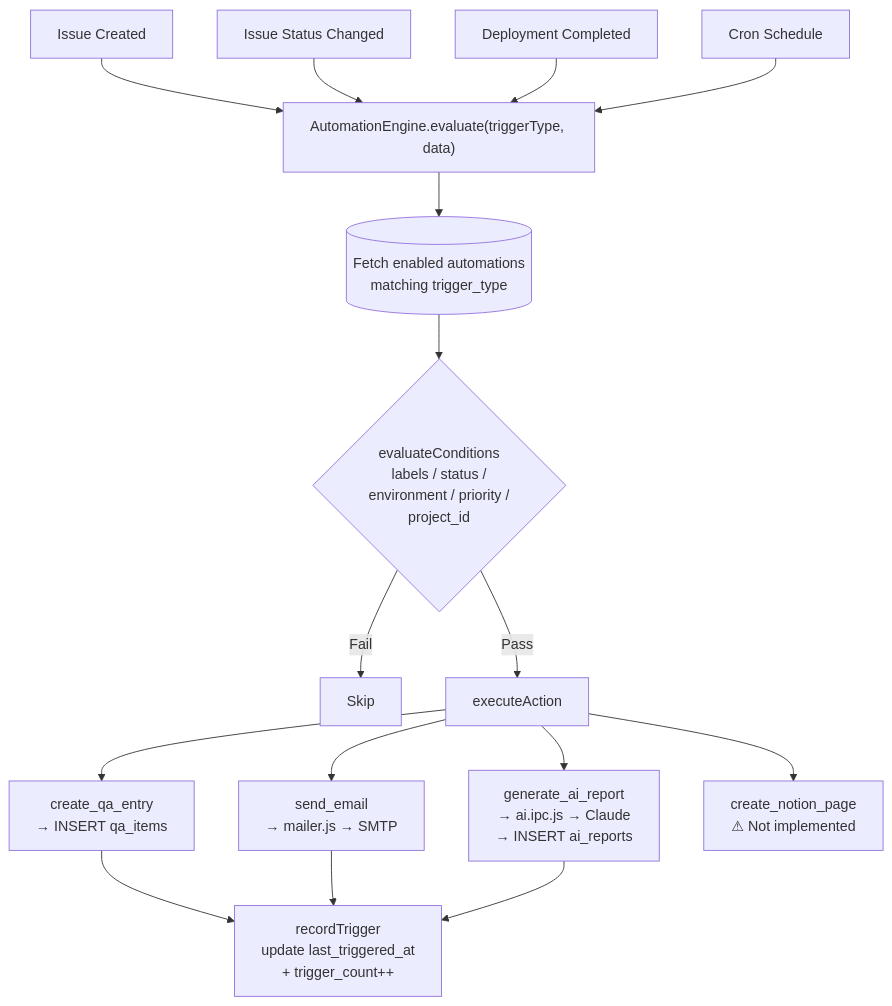
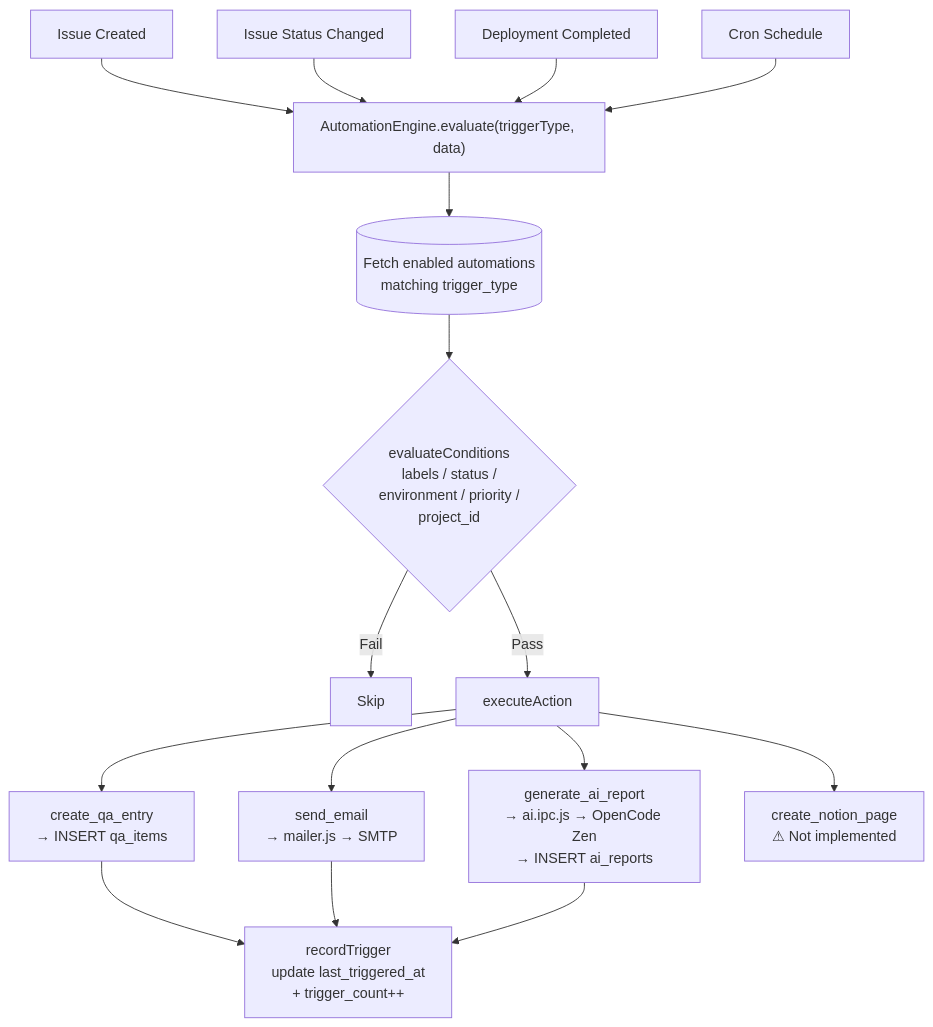
Before and after one commit to noorkth2/CommandCenter: the fifth of 6 diagrams in CommandCenter_dependency_graph.md, drawn with Mermaid. The commit also changed other lines of this file and 67 other files, not shown here.

````diff
--- a/CommandCenter_dependency_graph.md
+++ b/CommandCenter_dependency_graph.md
@@ -624,20 +668,20 @@
 ```mermaid
 flowchart TD
     T1[Issue Created] --> AE
     T2[Issue Status Changed] --> AE
     T3[Deployment Completed] --> AE
     T4[Cron Schedule] --> AE
 
     AE["AutomationEngine.evaluate(triggerType, data)"]
     AE --> DB[(Fetch enabled automations\nmatching trigger_type)]
     DB --> COND{evaluateConditions\nlabels / status /\nenvironment / priority /\nproject_id}
     COND -- Fail --> SKIP[Skip]
     COND -- Pass --> ACT[executeAction]
 
     ACT --> QA[create_qa_entry\n→ INSERT qa_items]
     ACT --> EMAIL[send_email\n→ mailer.js → SMTP]
-    ACT --> REPORT[generate_ai_report\n→ ai.ipc.js → Claude\n→ INSERT ai_reports]
+    ACT --> REPORT[generate_ai_report\n→ ai.ipc.js → OpenCode Zen\n→ INSERT ai_reports]
     ACT --> NOTION[create_notion_page\n⚠ Not implemented]
 
     QA & EMAIL & REPORT --> REC[recordTrigger\nupdate last_triggered_at\n+ trigger_count++]
 ```
````
